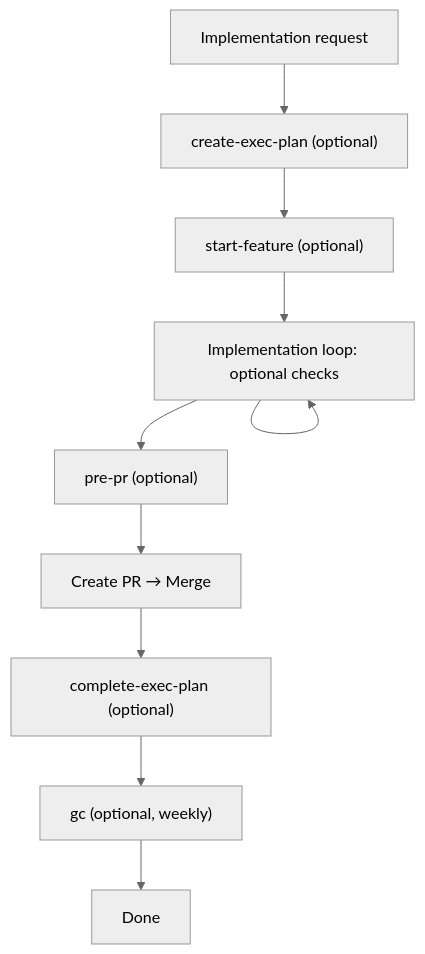
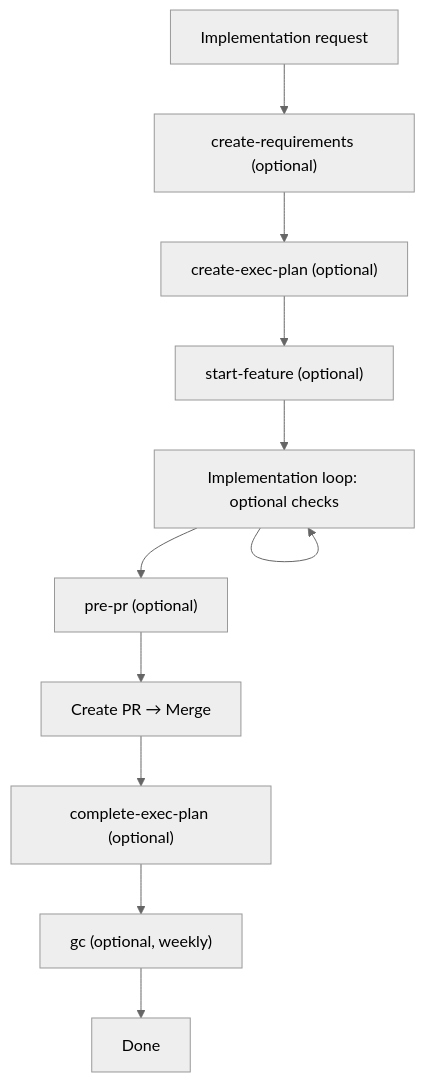
Before and after one commit to aki-senri/DocDDTemplate: the second of 2 diagrams in SKILL_FLOW.md, drawn with Mermaid (neutral theme). The commit also changed other lines of this file and 2 other files, not shown here.

````diff
--- a/SKILL_FLOW.md
+++ b/SKILL_FLOW.md
@@ -136,14 +138,15 @@
 ```mermaid
 flowchart TD
-  A[Implementation request] --> B["create-exec-plan (optional)"]
+  A[Implementation request] --> R["create-requirements (optional)"]
+  R --> B["create-exec-plan (optional)"]
   B --> C["start-feature (optional)"]
 
   C --> L[Implementation loop: optional checks]
   L --> L
 
   L --> P["pre-pr (optional)"]
   P --> M[Create PR → Merge]
   M --> Q["complete-exec-plan (optional)"]
   Q --> G["gc (optional, weekly)"]
   G --> Z[Done]
 ```
````
